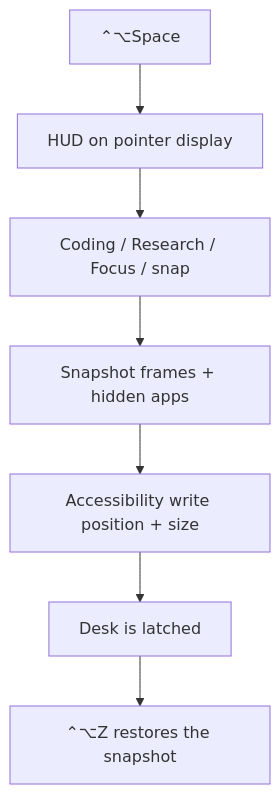
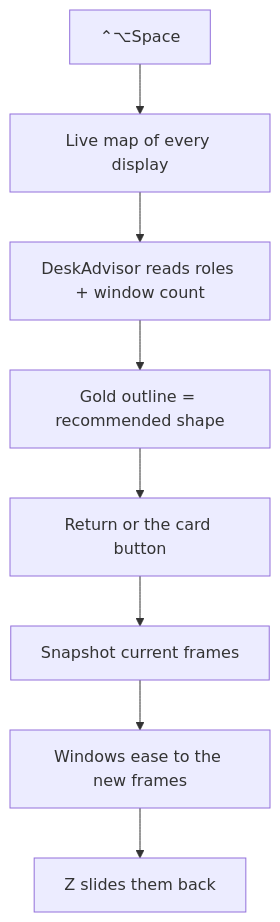
Before and after one commit to jmenzies722/latch: the diagram in README.md, drawn with Mermaid. The commit also changed other lines of this file, not shown here.

````diff
--- a/README.md
+++ b/README.md
@@ -85,9 +103,10 @@
 ```mermaid
 flowchart TD
-    key["⌃⌥Space"] --> hud["HUD on pointer display"]
-    hud --> mode["Coding / Research / Focus / snap"]
-    mode --> snap["Snapshot frames + hidden apps"]
-    snap --> ax["Accessibility write position + size"]
-    ax --> desk["Desk is latched"]
-    desk --> undo["⌃⌥Z restores the snapshot"]
+    key["⌃⌥Space"] --> maps["Live map of every display"]
+    maps --> advice["DeskAdvisor reads roles + window count"]
+    advice --> ghost["Gold outline = recommended shape"]
+    ghost --> go["Return or the card button"]
+    go --> snap["Snapshot current frames"]
+    snap --> slide["Windows ease to the new frames"]
+    slide --> undo["Z slides them back"]
 ```
````
